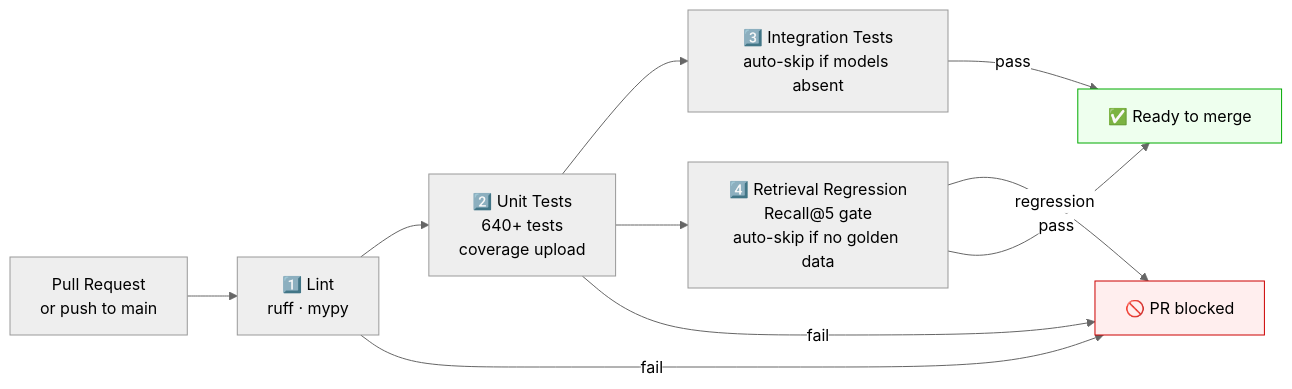
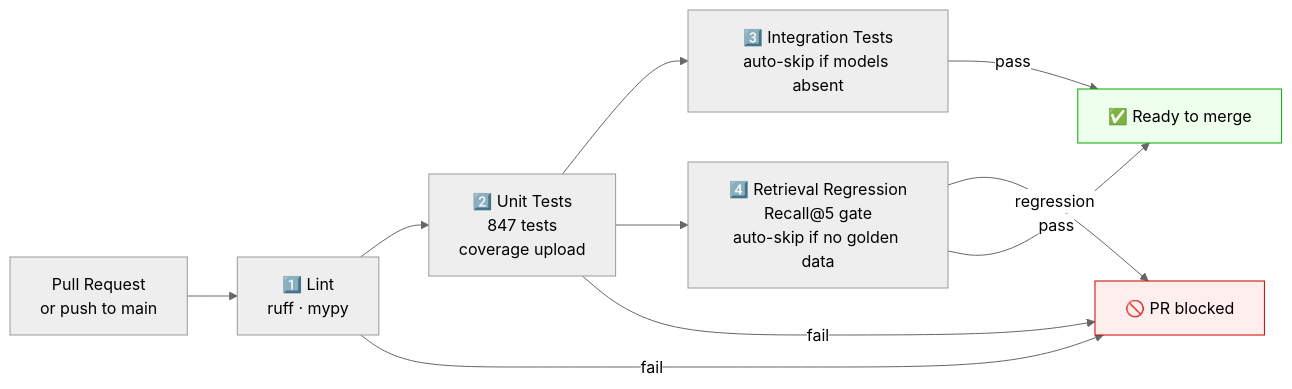
Before and after one commit to ealbertoav/rag_platform: the tenth of 10 diagrams in README.md, drawn with Mermaid (neutral theme). The commit also changed other lines of this file and 33 other files, not shown here.

First line of the commit message:
Wire Phase 11: graph RAG, agent API, metadata dedup, and multi-query fusion.

````diff
--- a/README.md
+++ b/README.md
@@ -1070,15 +1162,15 @@
 ```mermaid
 flowchart LR
     PR["Pull Request<br/>or push to main"] --> L["1️⃣ Lint<br/>ruff · mypy"]
-    L --> U["2️⃣ Unit Tests<br/>640+ tests<br/>coverage upload"]
+    L --> U["2️⃣ Unit Tests<br/>847 tests<br/>coverage upload"]
     U --> I["3️⃣ Integration Tests<br/>auto-skip if models absent"]
     U --> R["4️⃣ Retrieval Regression<br/>Recall@5 gate<br/>auto-skip if no golden data"]
 
     L -->|fail| BLOCK["🚫 PR blocked"]
     U -->|fail| BLOCK
     R -->|regression| BLOCK
     I & R -->|pass| MERGE["✅ Ready to merge"]
 
     style BLOCK fill:#ffeeee,stroke:#cc0000
     style MERGE fill:#eeffee,stroke:#00aa00
 ```
````
